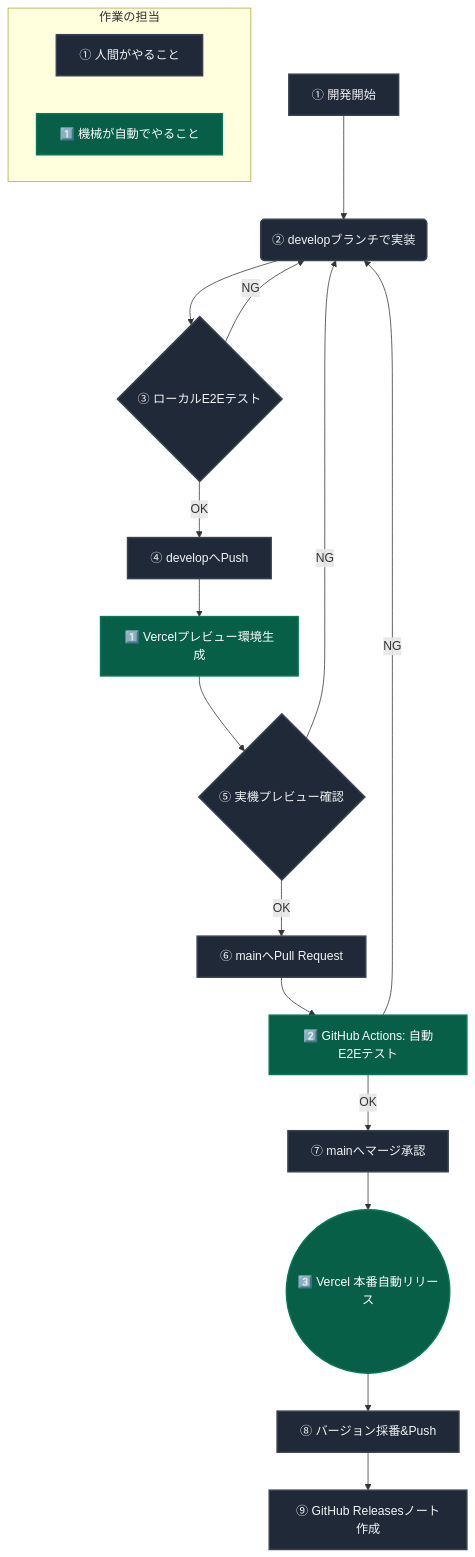
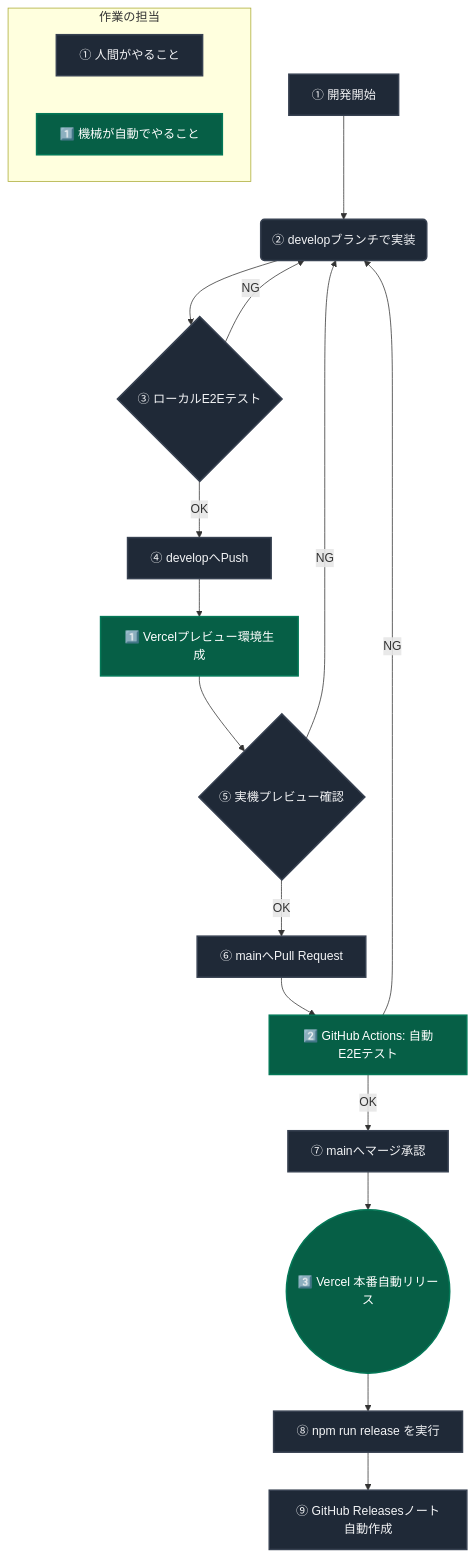
One commit to ore-no-fusen/ore-no-qr changed the diagram in docs/005_WORKFLOW.md. Above: the diagram before and after it, drawn with Mermaid.

Commit message:
docs: clarify npm run release in workflow diagram node 8

````diff
--- a/docs/005_WORKFLOW.md
+++ b/docs/005_WORKFLOW.md
@@ -39,30 +39,30 @@
 ```mermaid
 graph TD
     %% 凡例
     subgraph Legend [作業の担当]
         L1[① 人間がやること]
         L2[1️⃣ 機械が自動でやること]
     end
 
     A[① 開発開始] --> B(② developブランチで実装)
     B --> C{③ ローカルE2Eテスト}
     C -->|NG| B
     C -->|OK| D[④ developへPush]
     D --> E[1️⃣ Vercelプレビュー環境生成]
     E --> F{⑤ 実機プレビュー確認}
     F -->|NG| B
     F -->|OK| G[⑥ mainへPull Request]
     G --> H[2️⃣ GitHub Actions: 自動E2Eテスト]
     H -->|NG| B
     H -->|OK| I[⑦ mainへマージ承認]
     I --> J((3️⃣ Vercel 本番自動リリース))
-    J --> K[⑧ バージョン採番&Push]
-    K --> L[⑨ GitHub Releasesノート作成]
+    J --> K["⑧ npm run release を実行"]
+    K --> L[⑨ GitHub Releasesノート自動作成]
     
     classDef human fill:#1f2937,stroke:#374151,stroke-width:2px,color:#f3f4f6;
     classDef auto fill:#065f46,stroke:#047857,stroke-width:2px,color:#ffffff;
     classDef fail fill:#be123c,stroke:#9f1239,stroke-width:2px,color:#ffffff;
     
     class A,B,C,D,F,G,I,K,L,L1 human;
     class E,H,J,L2 auto;
 ```
````
